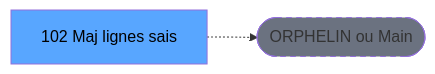
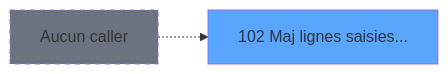
One commit to thonyAGP/lecteur-magic changed the second of 3 diagrams in .openspec/specs/ADH-IDE-102.md. Above: the diagram before and after it, drawn with Mermaid. The commit also changed other lines of this file and 96 other files, not shown here.

````diff
--- a/.openspec/specs/ADH-IDE-102.md
+++ b/.openspec/specs/ADH-IDE-102.md
@@ -120,8 +199,8 @@
 ```mermaid
 graph LR
-    T[102 Maj lignes sais]
-    ORPHAN([ORPHELIN ou Main])
-    T -.-> ORPHAN
-    style T fill:#58a6ff,color:#000
-    style ORPHAN fill:#6b7280,stroke-dasharray: 5 5
+    T102[102 Maj lignes saisies...]
+    style T102 fill:#58a6ff
+    NONE[Aucun caller]
+    NONE -.-> T102
+    style NONE fill:#6b7280,stroke-dasharray: 5 5
 ```
````
